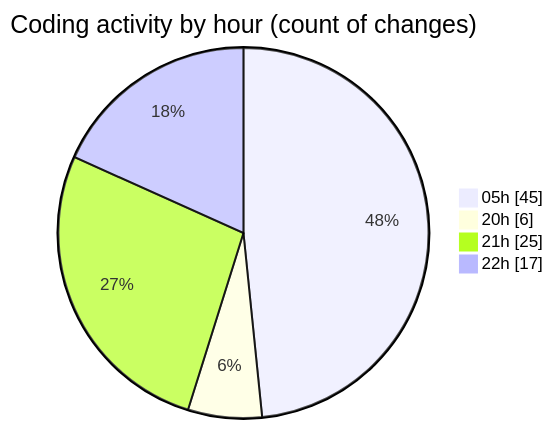
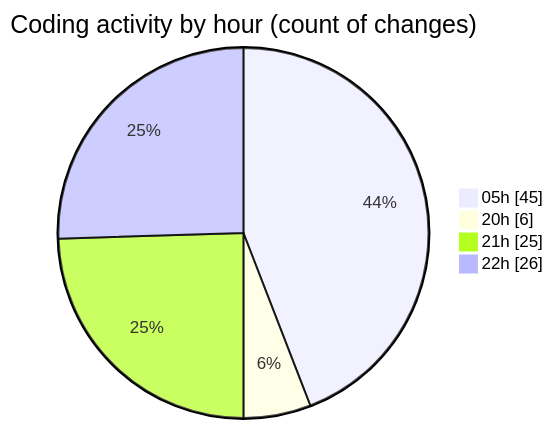
Before and after one commit to lephambinh05/code-tracking: the second of 2 diagrams in 2025-08-05/napxuvn/README.md, drawn with Mermaid. The commit also changed other lines of this file and 1 other file, not shown here.

````diff
--- a/2025-08-05/napxuvn/README.md
+++ b/2025-08-05/napxuvn/README.md
@@ -79,8 +84,8 @@
 ```mermaid
 pie showData
 title Coding activity by hour (count of changes)
 "05h" : 45
 "20h" : 6
 "21h" : 25
-"22h" : 17
+"22h" : 26
 ```
````
